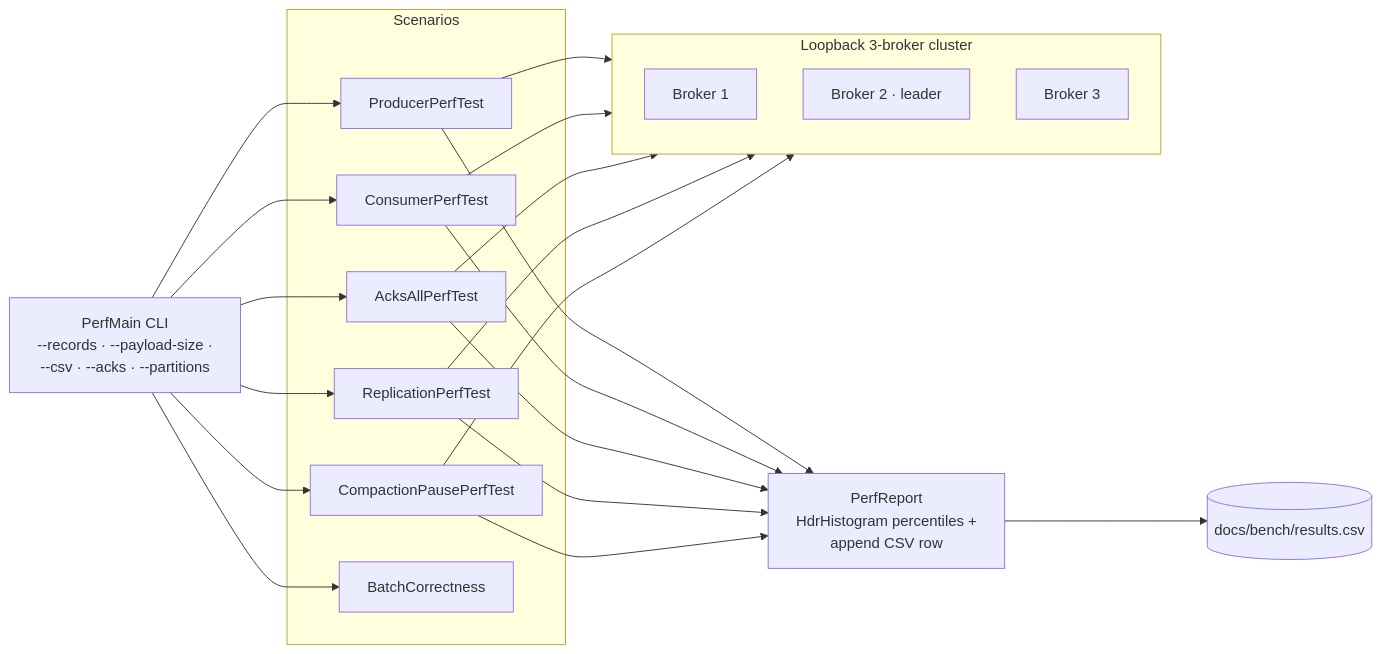
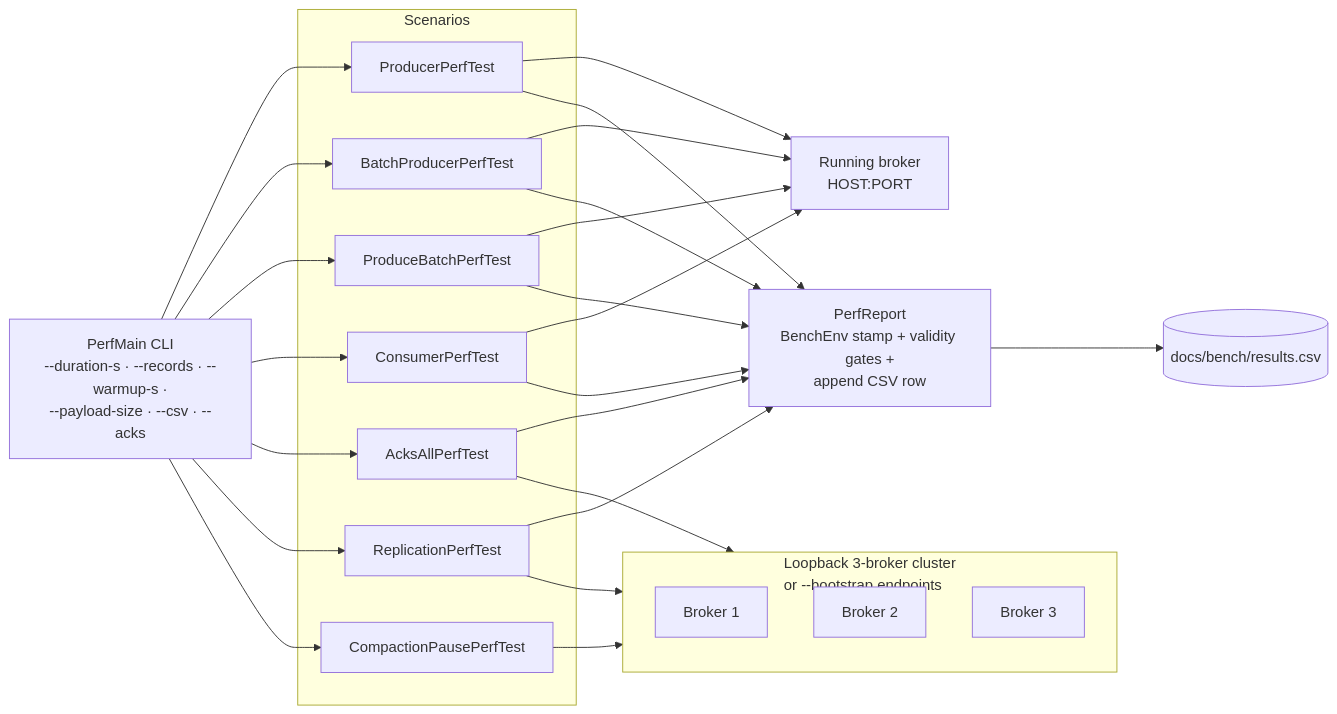
Before and after one commit to jeremainecheong/j-broker: the diagram in bench/README.md, drawn with Mermaid. The commit also changed other lines of this file and 21 other files, not shown here.

First line of the commit message:
bench: validity-gated harness, replicated scenarios, and a measured history

````diff
--- a/bench/README.md
+++ b/bench/README.md
@@ -7,35 +7,30 @@
 ```mermaid
 flowchart LR
-    CLI[PerfMain CLI<br/>--records · --payload-size ·<br/>--csv · --acks · --partitions]
+    CLI[PerfMain CLI<br/>--duration-s · --records · --warmup-s ·<br/>--payload-size · --csv · --acks]
 
     subgraph Scenarios[Scenarios]
         PPT[ProducerPerfTest]
+        BPT[BatchProducerPerfTest]
+        PBT[ProduceBatchPerfTest]
         CPT[ConsumerPerfTest]
         APT[AcksAllPerfTest]
         RPT[ReplicationPerfTest]
         Comp[CompactionPausePerfTest]
-        BC[BatchCorrectness]
     end
 
-    subgraph Cluster[Loopback 3-broker cluster]
-        BC1[Broker 1]
-        BC2[Broker 2 · leader]
-        BC3[Broker 3]
+    Broker[Running broker<br/>HOST:PORT]
+    subgraph Cluster[Loopback 3-broker cluster<br/>or --bootstrap endpoints]
+        B1[Broker 1]
+        B2[Broker 2]
+        B3[Broker 3]
     end
 
-    Reporter[PerfReport<br/>HdrHistogram percentiles +<br/>append CSV row]
+    Reporter[PerfReport<br/>BenchEnv stamp + validity gates +<br/>append CSV row]
     CSV[(docs/bench/results.csv)]
 
-    CLI --> PPT & CPT & APT & RPT & Comp & BC
-    PPT --> Cluster
-    CPT --> Cluster
-    APT --> Cluster
-    RPT --> Cluster
-    Comp --> Cluster
-    PPT --> Reporter
-    CPT --> Reporter
-    APT --> Reporter
-    RPT --> Reporter
-    Comp --> Reporter
+    CLI --> PPT & BPT & PBT & CPT & APT & RPT & Comp
+    PPT & BPT & PBT & CPT --> Broker
+    APT & RPT & Comp --> Cluster
+    PPT & BPT & PBT & CPT & APT & RPT --> Reporter
     Reporter --> CSV
 ```
````
